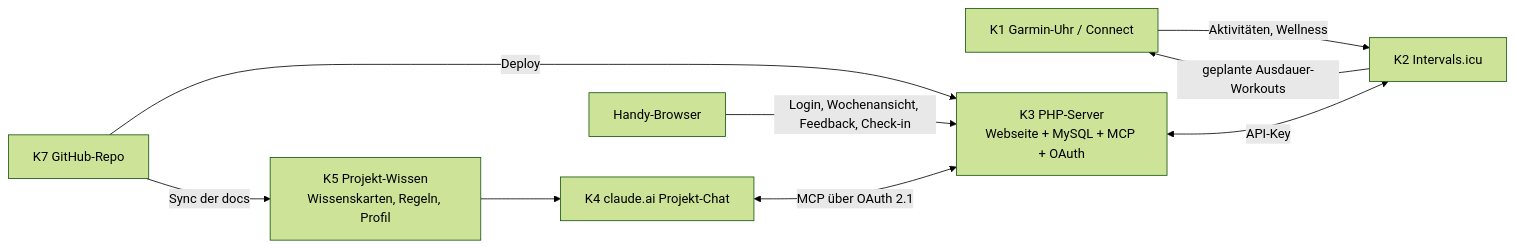
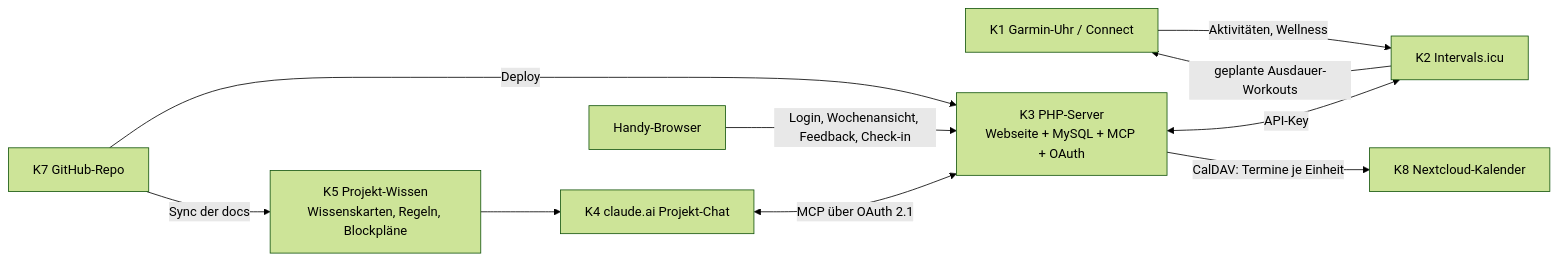
The diagram in docs/konzept/konzept-ki-personal-trainer.md (chodid/training), drawn with Mermaid (forest theme) before and after one commit. The commit also changed other lines of this file and 22 other files, not shown here.

First line of the commit message:
AP-11: Einheiten im Nextcloud-Kalender per CalDAV (0.14.0)

````diff
--- a/docs/konzept/konzept-ki-personal-trainer.md
+++ b/docs/konzept/konzept-ki-personal-trainer.md
@@ -86,19 +87,21 @@
 ```mermaid
 flowchart LR
   Uhr[K1 Garmin-Uhr / Connect]
   ICU[K2 Intervals.icu]
   SRV[K3 PHP-Server\nWebseite + MySQL + MCP + OAuth]
   CHAT[K4 claude.ai Projekt-Chat]
-  WISSEN[K5 Projekt-Wissen\nWissenskarten, Regeln, Profil]
+  WISSEN[K5 Projekt-Wissen\nWissenskarten, Regeln, Blockpläne]
+  CAL[K8 Nextcloud-Kalender]
   REPO[K7 GitHub-Repo]
   HANDY[Handy-Browser]
 
   Uhr -- Aktivitäten, Wellness --> ICU
   ICU -- geplante Ausdauer-Workouts --> Uhr
   SRV <-- API-Key --> ICU
   HANDY -- Login, Wochenansicht, Feedback, Check-in --> SRV
   CHAT <-- MCP über OAuth 2.1 --> SRV
   WISSEN --> CHAT
   REPO -- Deploy --> SRV
   REPO -- Sync der docs --> WISSEN
+  SRV -- CalDAV: Termine je Einheit --> CAL
 ```
````
